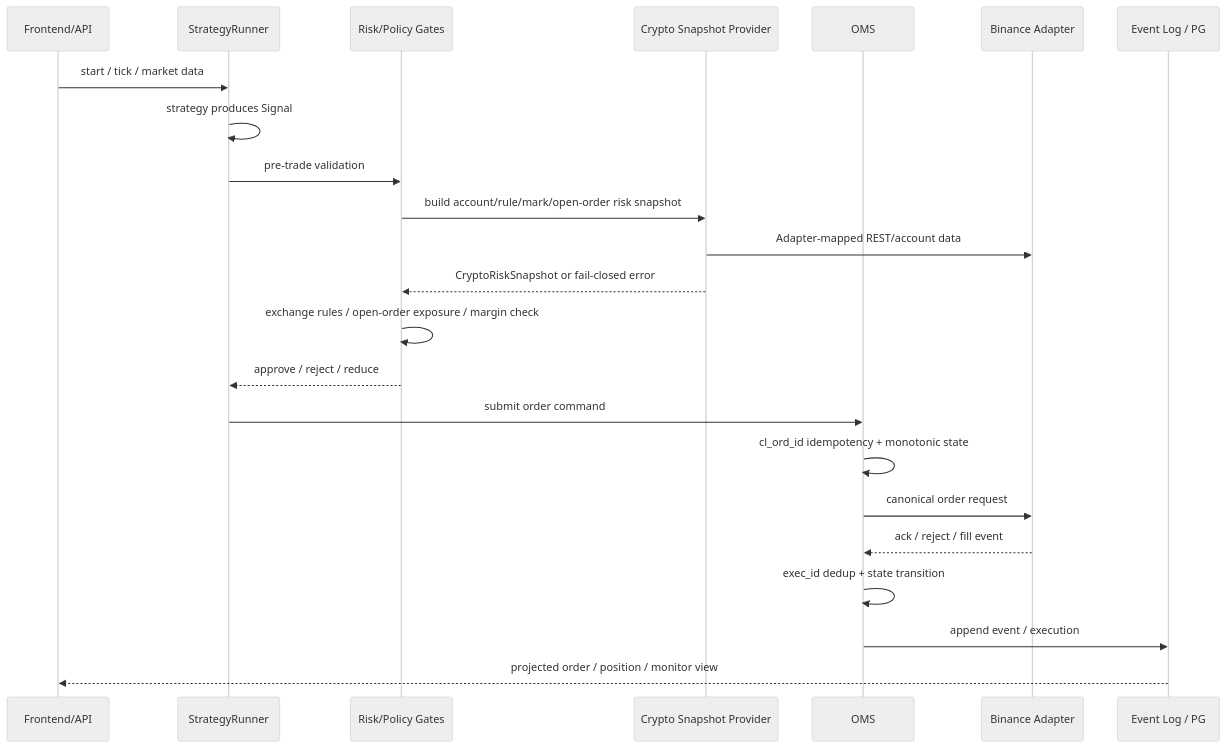
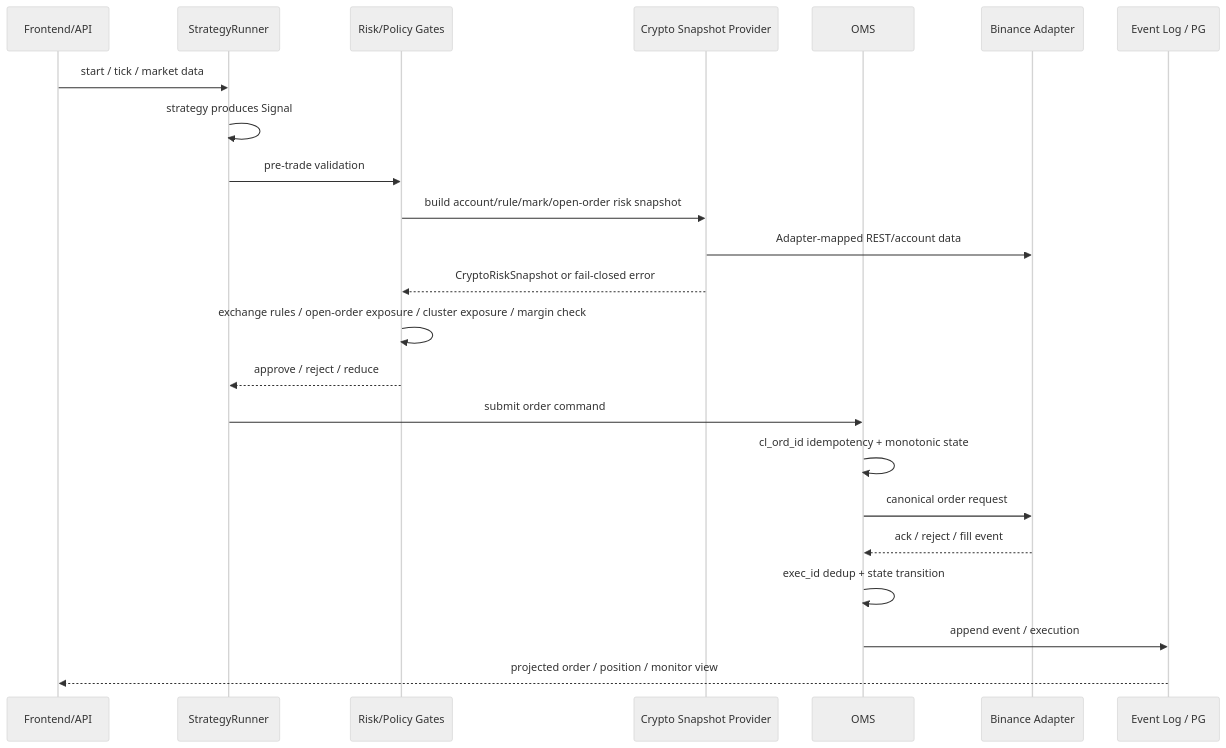
The third of 6 diagrams in docs/PROJECT_ARCHITECTURE.md (xiaomiaoalex/quant_trading_system), drawn with Mermaid (neutral theme) before and after one commit. The commit also changed other lines of this file and 17 other files, not shown here.

Commit message:
feat(task-9.6): add crypto cluster exposure budgets

````diff
--- a/docs/PROJECT_ARCHITECTURE.md
+++ b/docs/PROJECT_ARCHITECTURE.md
@@ -132,26 +132,26 @@
 ```mermaid
 sequenceDiagram
     participant FE as Frontend/API
     participant Runner as StrategyRunner
     participant Policy as Risk/Policy Gates
     participant Snapshot as Crypto Snapshot Provider
     participant OMS as OMS
     participant Broker as Binance Adapter
     participant Store as Event Log / PG
 
     FE->>Runner: start / tick / market data
     Runner->>Runner: strategy produces Signal
     Runner->>Policy: pre-trade validation
     Policy->>Snapshot: build account/rule/mark/open-order risk snapshot
     Snapshot->>Broker: Adapter-mapped REST/account data
     Snapshot-->>Policy: CryptoRiskSnapshot or fail-closed error
-    Policy->>Policy: exchange rules / open-order exposure / margin check
+    Policy->>Policy: exchange rules / open-order exposure / cluster exposure / margin check
     Policy-->>Runner: approve / reject / reduce
     Runner->>OMS: submit order command
     OMS->>OMS: cl_ord_id idempotency + monotonic state
     OMS->>Broker: canonical order request
     Broker-->>OMS: ack / reject / fill event
     OMS->>OMS: exec_id dedup + state transition
     OMS->>Store: append event / execution
     Store-->>FE: projected order / position / monitor view
 ```
````
